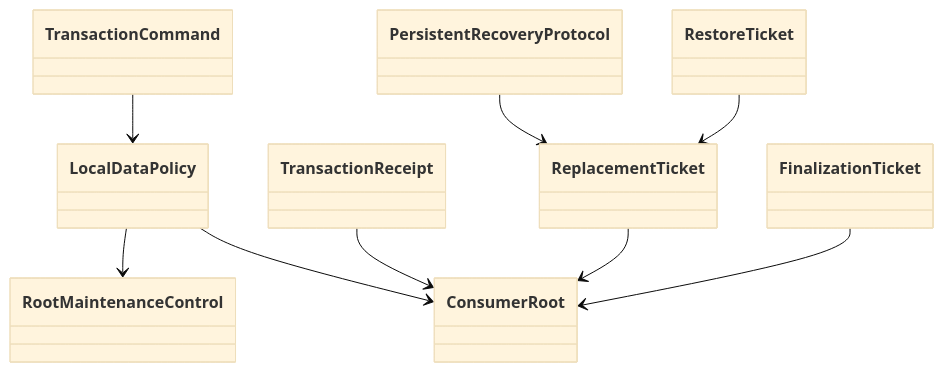
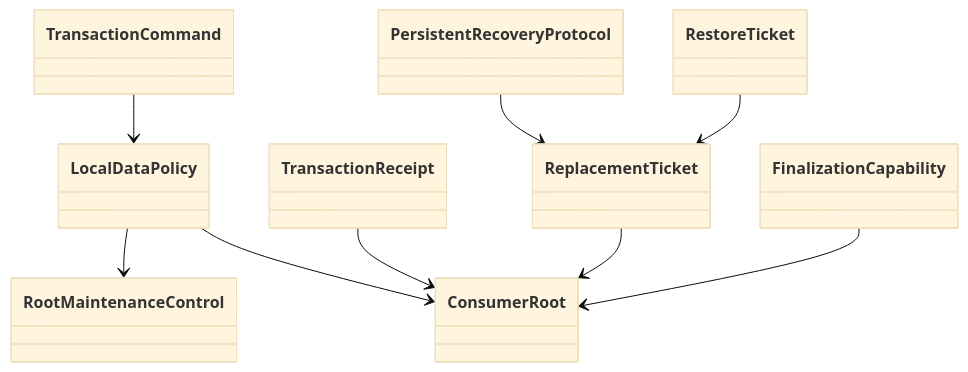
The fourth of 5 diagrams in .kiro/specs/local-data-library-boundaries/design.md (Huruikagi/pc-build-planner), drawn with Mermaid (base theme) before and after one commit. The commit also changed other lines of this file and 3 other files, not shown here.

````diff
--- a/.kiro/specs/local-data-library-boundaries/design.md
+++ b/.kiro/specs/local-data-library-boundaries/design.md
@@ -532,20 +536,20 @@
 ```mermaid
 classDiagram
     class ConsumerRoot
     class LocalDataPolicy
     class TransactionCommand
     class TransactionReceipt
     class RootMaintenanceControl
     class PersistentRecoveryProtocol
     class ReplacementTicket
     class RestoreTicket
-    class FinalizationTicket
+    class FinalizationCapability
     LocalDataPolicy --> ConsumerRoot
     LocalDataPolicy --> RootMaintenanceControl
     PersistentRecoveryProtocol --> ReplacementTicket
     TransactionCommand --> LocalDataPolicy
     TransactionReceipt --> ConsumerRoot
     ReplacementTicket --> ConsumerRoot
     RestoreTicket --> ReplacementTicket
-    FinalizationTicket --> ConsumerRoot
+    FinalizationCapability --> ConsumerRoot
 ```
````
